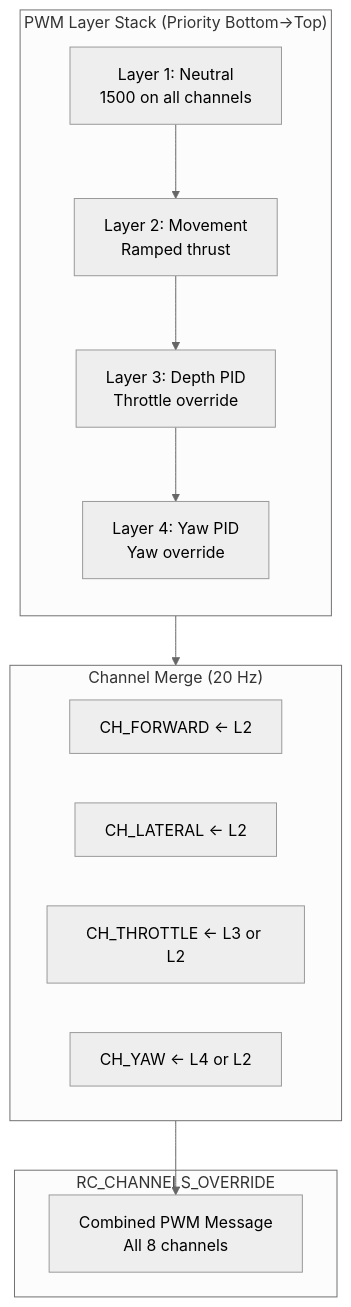
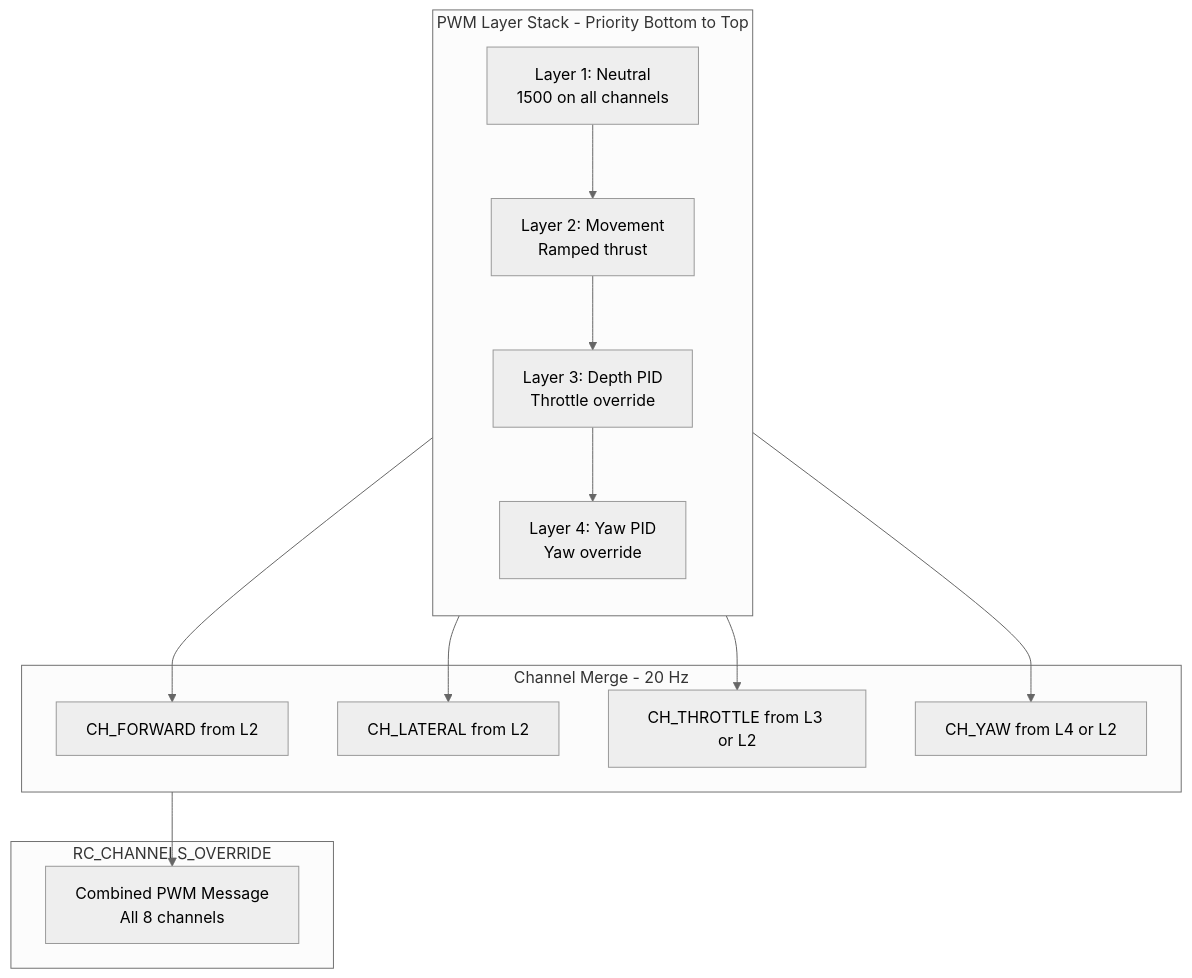
One commit to fh1m/duburi-codebase changed diagram 14 of 21 in README.md. Above: the diagram before and after it, drawn with Mermaid (neutral theme). The commit also changed other lines of this file and 1 other file, not shown here.

First line of the commit message:
fix: Mermaid diagram syntax for GitHub rendering

````diff
--- a/README.md
+++ b/README.md
@@ -963,27 +970,30 @@
 ```mermaid
 flowchart TB
-    subgraph Layers["PWM Layer Stack (Priority Bottom→Top)"]
+    subgraph Layers["PWM Layer Stack - Priority Bottom to Top"]
         direction TB
-        L1[Layer 1: Neutral<br/>1500 on all channels]
-        L2[Layer 2: Movement<br/>Ramped thrust]
-        L3[Layer 3: Depth PID<br/>Throttle override]
-        L4[Layer 4: Yaw PID<br/>Yaw override]
+        L1["Layer 1: Neutral<br/>1500 on all channels"]
+        L2["Layer 2: Movement<br/>Ramped thrust"]
+        L3["Layer 3: Depth PID<br/>Throttle override"]
+        L4["Layer 4: Yaw PID<br/>Yaw override"]
     end
     
-    subgraph Merge["Channel Merge (20 Hz)"]
-        M1[CH_FORWARD ← L2]
-        M2[CH_LATERAL ← L2]
-        M3[CH_THROTTLE ← L3 or L2]
-        M4[CH_YAW ← L4 or L2]
+    subgraph MergeLayer["Channel Merge - 20 Hz"]
+        M1["CH_FORWARD from L2"]
+        M2["CH_LATERAL from L2"]
+        M3["CH_THROTTLE from L3 or L2"]
+        M4["CH_YAW from L4 or L2"]
     end
     
     subgraph Output["RC_CHANNELS_OVERRIDE"]
-        OUT[Combined PWM Message<br/>All 8 channels]
+        OUT["Combined PWM Message<br/>All 8 channels"]
     end
     
     L1 --> L2
     L2 --> L3
     L3 --> L4
-    L4 --> Merge
-    Merge --> OUT
+    L4 --> M1
+    L4 --> M2
+    L4 --> M3
+    L4 --> M4
+    MergeLayer --> OUT
 ```
````
